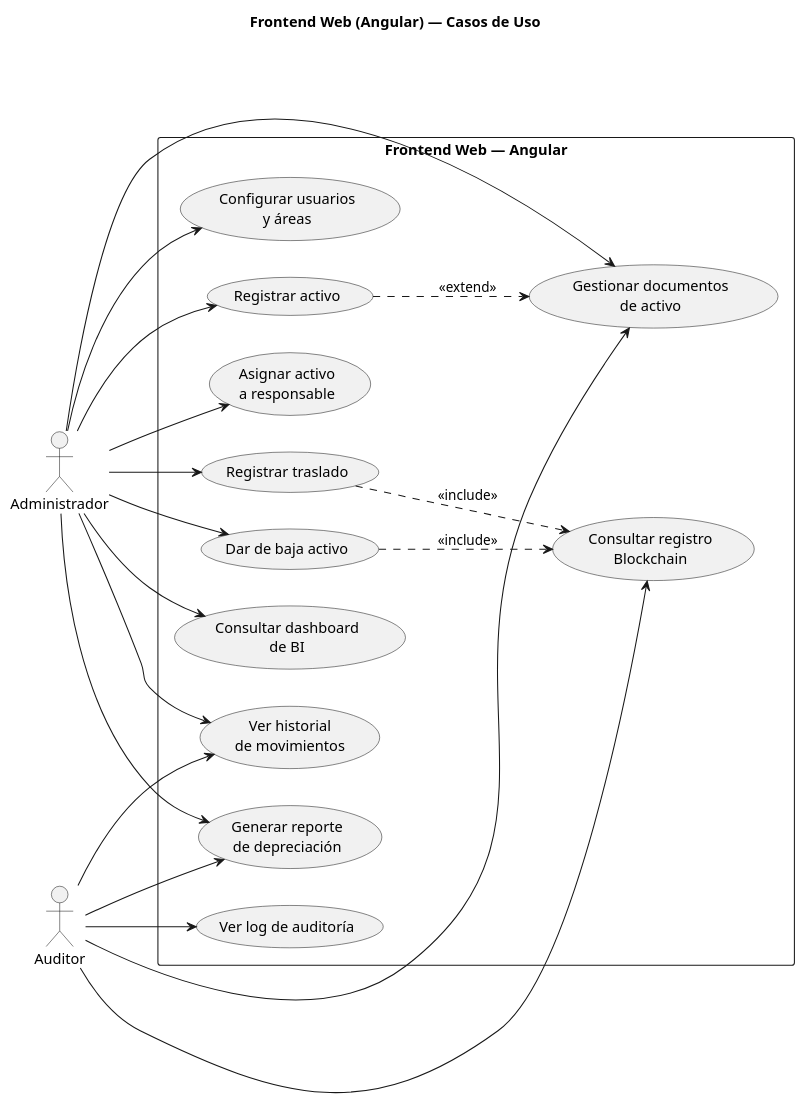
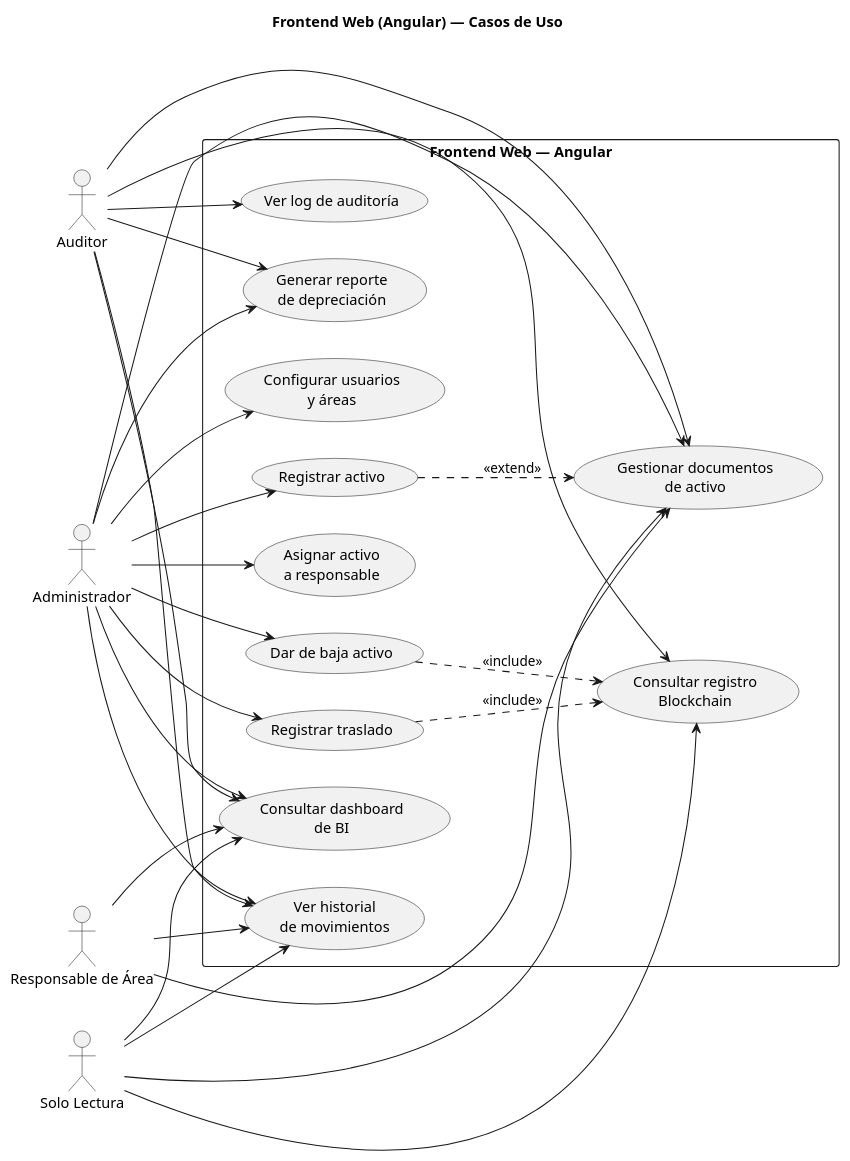
Before and after one commit to borysinho/microservicios-activos-fijos: diagram 12 of 15 in docs/Propuesta - Sistema de Activos Fijos.md, drawn with PlantUML. The commit also changed other lines of this file and 25 other files, not shown here.

````diff
--- a/docs/Propuesta - Sistema de Activos Fijos.md
+++ b/docs/Propuesta - Sistema de Activos Fijos.md
@@ -684,45 +684,57 @@
 ```plantuml
 @startuml CasosUsoWeb
 title Frontend Web (Angular) — Casos de Uso
 
 left to right direction
 
 actor "Administrador" as admin
+actor "Responsable de Área" as responsable
 actor "Auditor" as auditor
+actor "Solo Lectura" as lector
 
 rectangle "Frontend Web — Angular" {
     usecase "Registrar activo" as W1
     usecase "Asignar activo\na responsable" as W2
     usecase "Registrar traslado" as W3
     usecase "Dar de baja activo" as W4
     usecase "Ver historial\nde movimientos" as W5
     usecase "Consultar dashboard\nde BI" as W6
     usecase "Generar reporte\nde depreciación" as W7
     usecase "Gestionar documentos\nde activo" as W8
     usecase "Ver log de auditoría" as W9
     usecase "Consultar registro\nBlockchain" as W10
     usecase "Configurar usuarios\ny áreas" as W11
 }
 
 admin --> W1
 admin --> W2
 admin --> W3
 admin --> W4
 admin --> W5
 admin --> W6
 admin --> W7
 admin --> W8
 admin --> W11
 
+responsable --> W5
+responsable --> W6
+responsable --> W8
+
 auditor --> W5
+auditor --> W6
 auditor --> W9
 auditor --> W10
 auditor --> W8
 auditor --> W7
+
+lector --> W5
+lector --> W6
+lector --> W10
+lector --> W8
 
 W1 ..> W8 : <<extend>>
 W4 ..> W10 : <<include>>
 W3 ..> W10 : <<include>>
 
 @enduml
 ```
````
